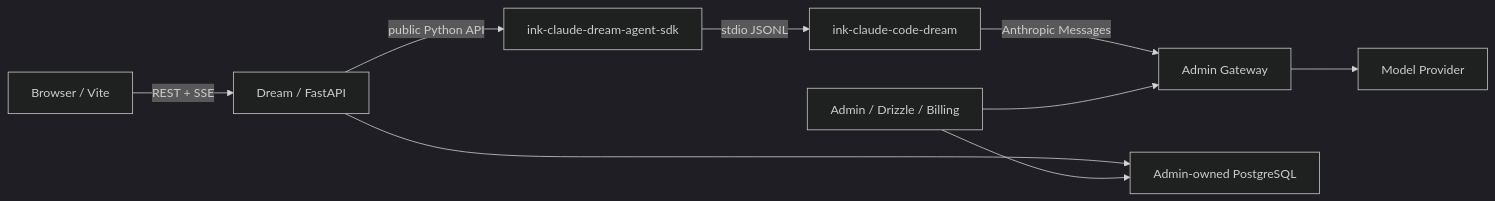
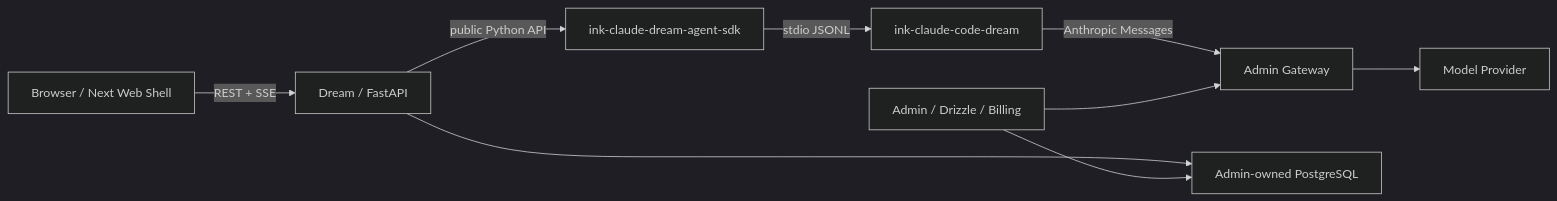
Before and after one commit to glide-the/im-dream: the diagram in README.md, drawn with Mermaid (dark theme). The commit also changed other lines of this file and 813 other files, not shown here.

````diff
--- a/README.md
+++ b/README.md
@@ -55,11 +57,11 @@
 ```mermaid
 flowchart LR
-    Browser["Browser / Vite"] -->|"REST + SSE"| Dream["Dream / FastAPI"]
+    Browser["Browser / Next Web Shell"] -->|"REST + SSE"| Dream["Dream / FastAPI"]
     Dream -->|"public Python API"| SDK["ink-claude-dream-agent-sdk"]
     SDK -->|"stdio JSONL"| Runtime["ink-claude-code-dream"]
     Runtime -->|"Anthropic Messages"| Gateway["Admin Gateway"]
     Gateway --> Provider["Model Provider"]
     Dream --> PostgreSQL["Admin-owned PostgreSQL"]
     Admin["Admin / Drizzle / Billing"] --> PostgreSQL
     Admin --> Gateway
 ```
````
